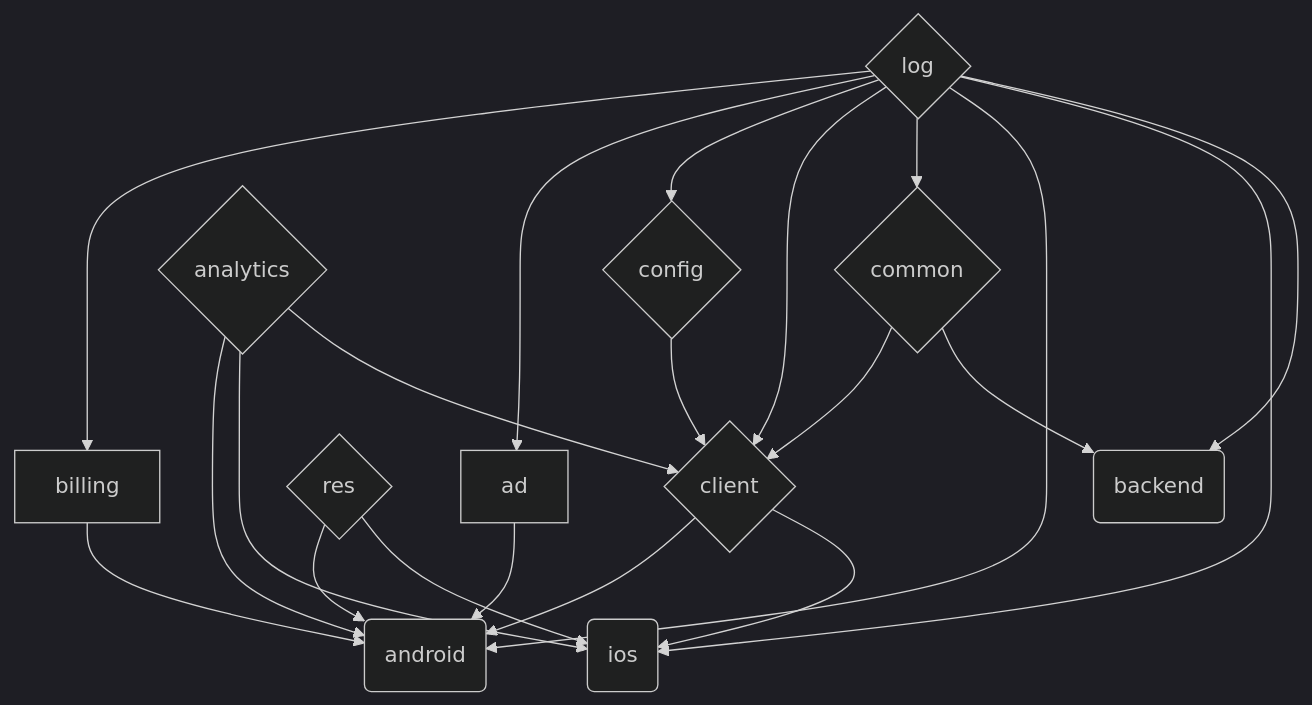
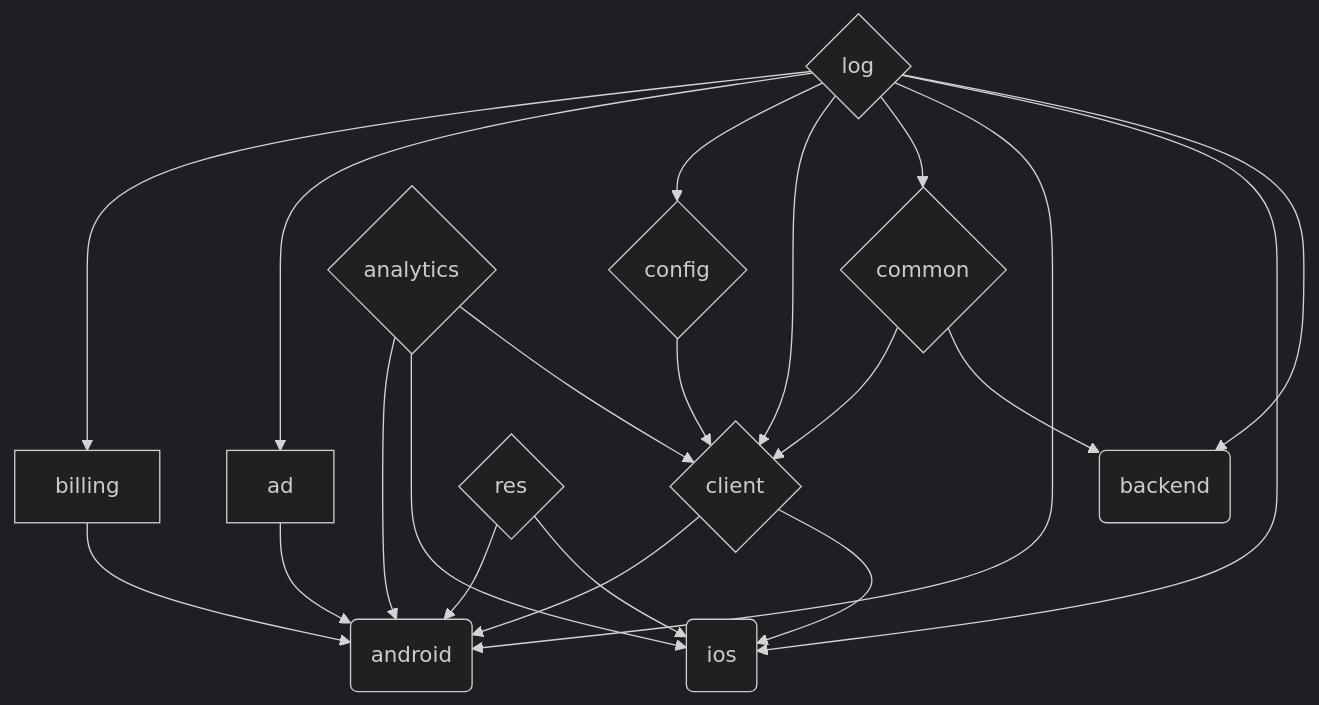
Before and after one commit to Oztechan/CCC: the first of 3 diagrams in README.md, drawn with Mermaid (dark theme). The commit also changed other lines of this file, not shown here.

````diff
--- a/README.md
+++ b/README.md
@@ -28,35 +28,35 @@
 ```mermaid
 graph TD;
+
+log{log} --> billing
+log --> ad
+log --> config
+log --> client
+log --> common
+log --> android
+log --> ios
+log --> backend
 
 billing-->android
 
 ad-->android
 
 config{config}-->client
 
 analytics{analytics} --> android
 analytics --> ios
 analytics-->client
 
 res{res}-->android
 res-->ios
 
 client{client}-->android
 client-->ios
 
 common{common}-->client
 common-->backend
 
 android(android)
 ios(ios)
 backend(backend)
-
-log{log} --> billing
-log --> ad
-log --> config
-log --> client
-log --> common
-log --> android
-log --> ios
-log --> backend
 ```
````
